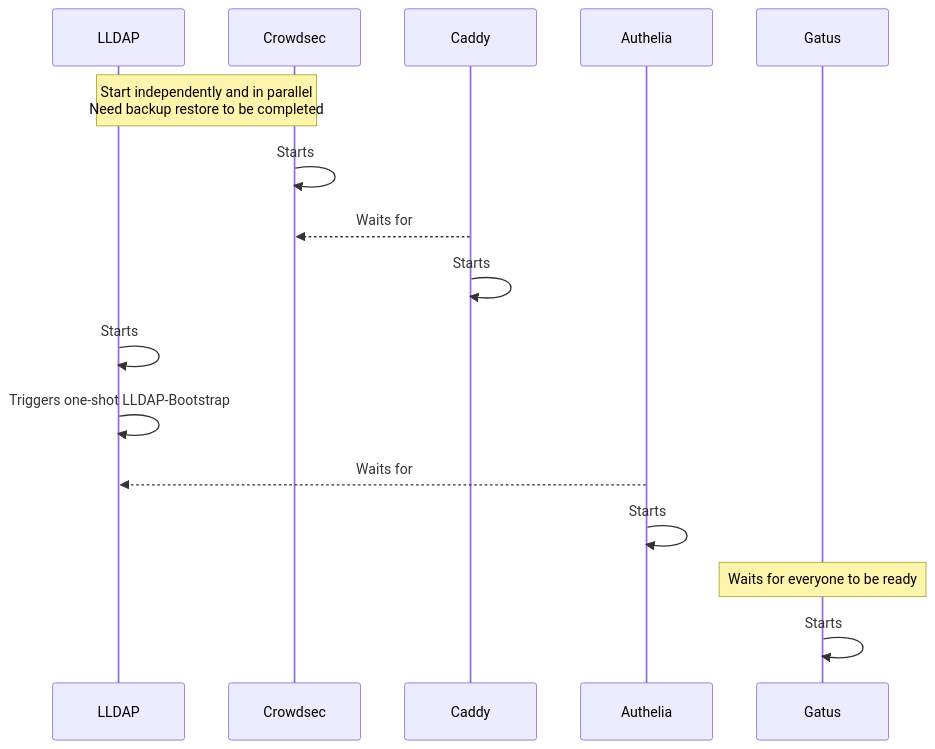
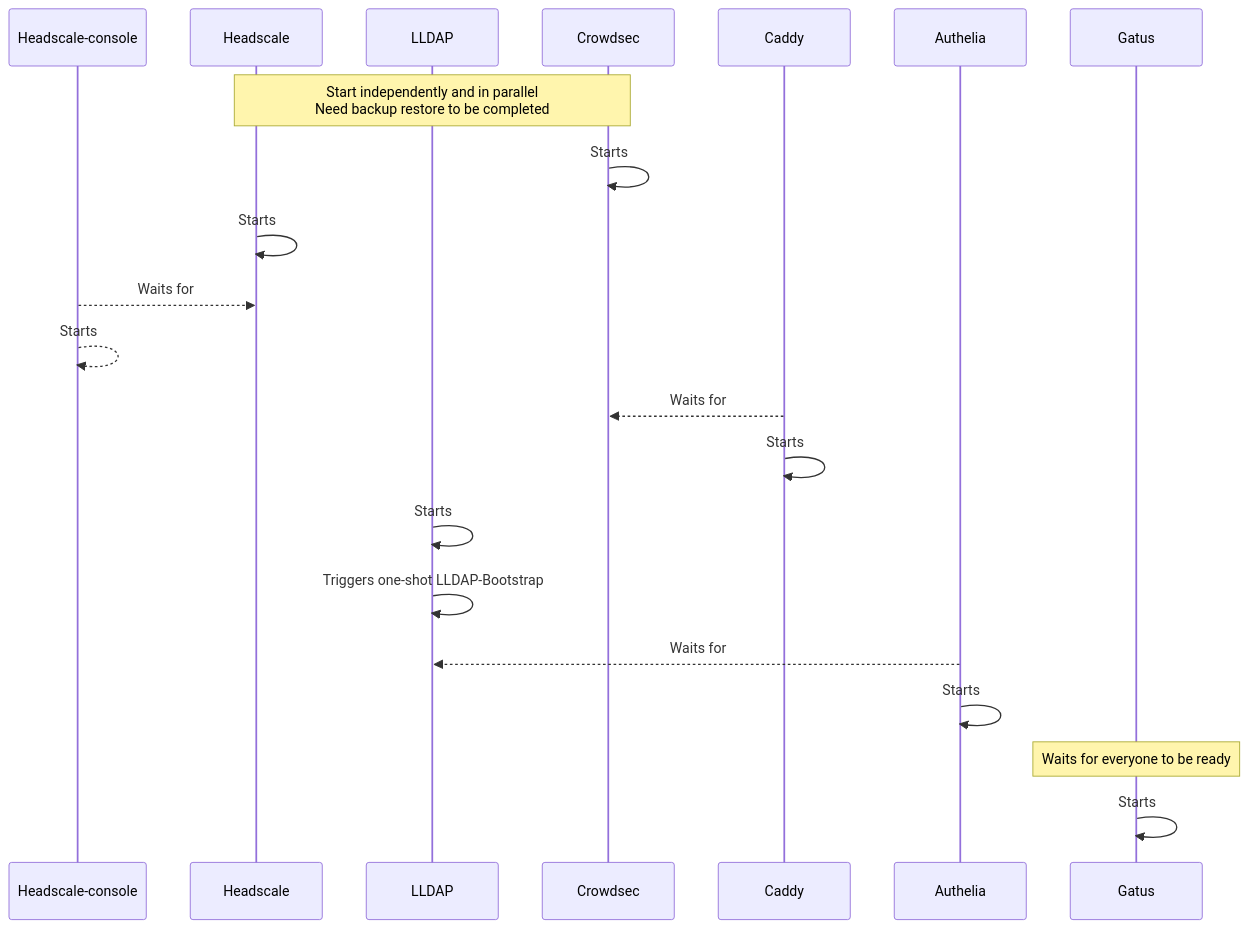
One commit to vic1707/homelab-config changed the diagram in vps/telstar/docs.md. Above: the diagram before and after it, drawn with Mermaid.

Commit message:
docs headscale

````diff
--- a/vps/telstar/docs.md
+++ b/vps/telstar/docs.md
@@ -3,24 +3,30 @@
 ```mermaid
 sequenceDiagram
+    participant Headscale-console
+    participant Headscale
     participant LLDAP
     participant Crowdsec
     participant Caddy
     participant Authelia
     participant Gatus
 
-    Note over Crowdsec, LLDAP: Start independently and in parallel<br/>Need backup restore to be completed
+    Note over Headscale, Crowdsec: Start independently and in parallel<br/>Need backup restore to be completed
 
     Crowdsec->>Crowdsec: Starts
+
+    Headscale->>Headscale: Starts
+    Headscale-console-->>Headscale: Waits for
+    Headscale-console-->>Headscale-console: Starts
 
     Caddy-->>Crowdsec: Waits for
     Caddy->>Caddy: Starts
 
     LLDAP->>LLDAP: Starts
     LLDAP->>LLDAP: Triggers one-shot LLDAP-Bootstrap
 
     Authelia-->>LLDAP: Waits for
     Authelia->>Authelia: Starts
 
     Note over Gatus: Waits for everyone to be ready
     Gatus->>Gatus: Starts
 ```
````
